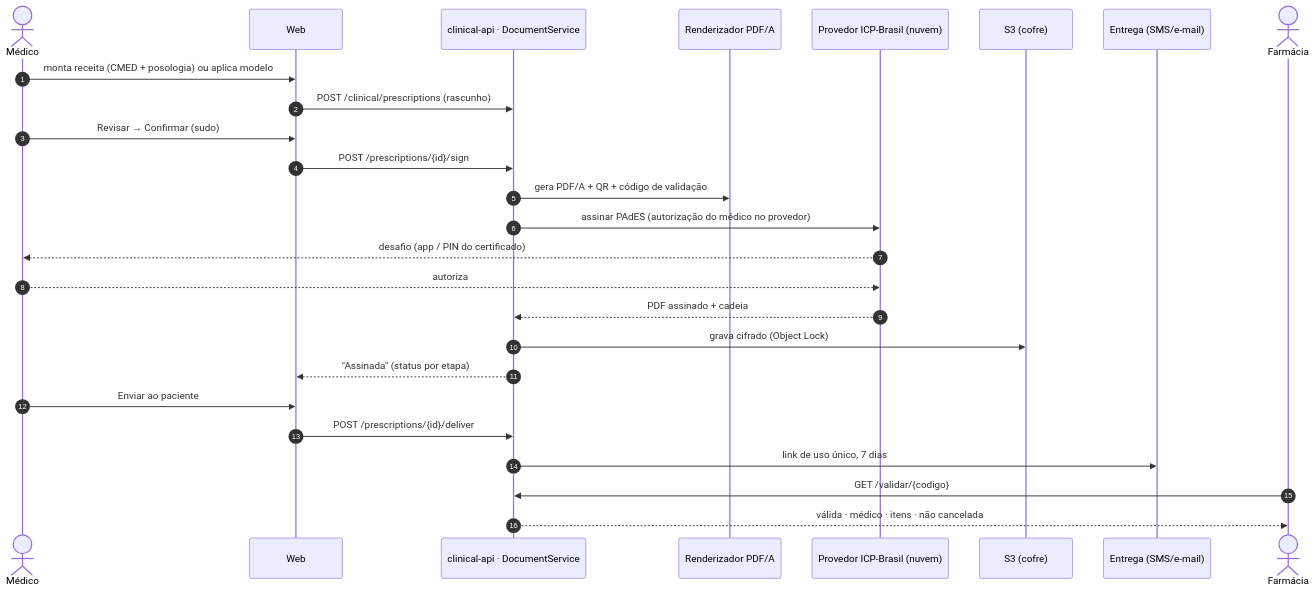
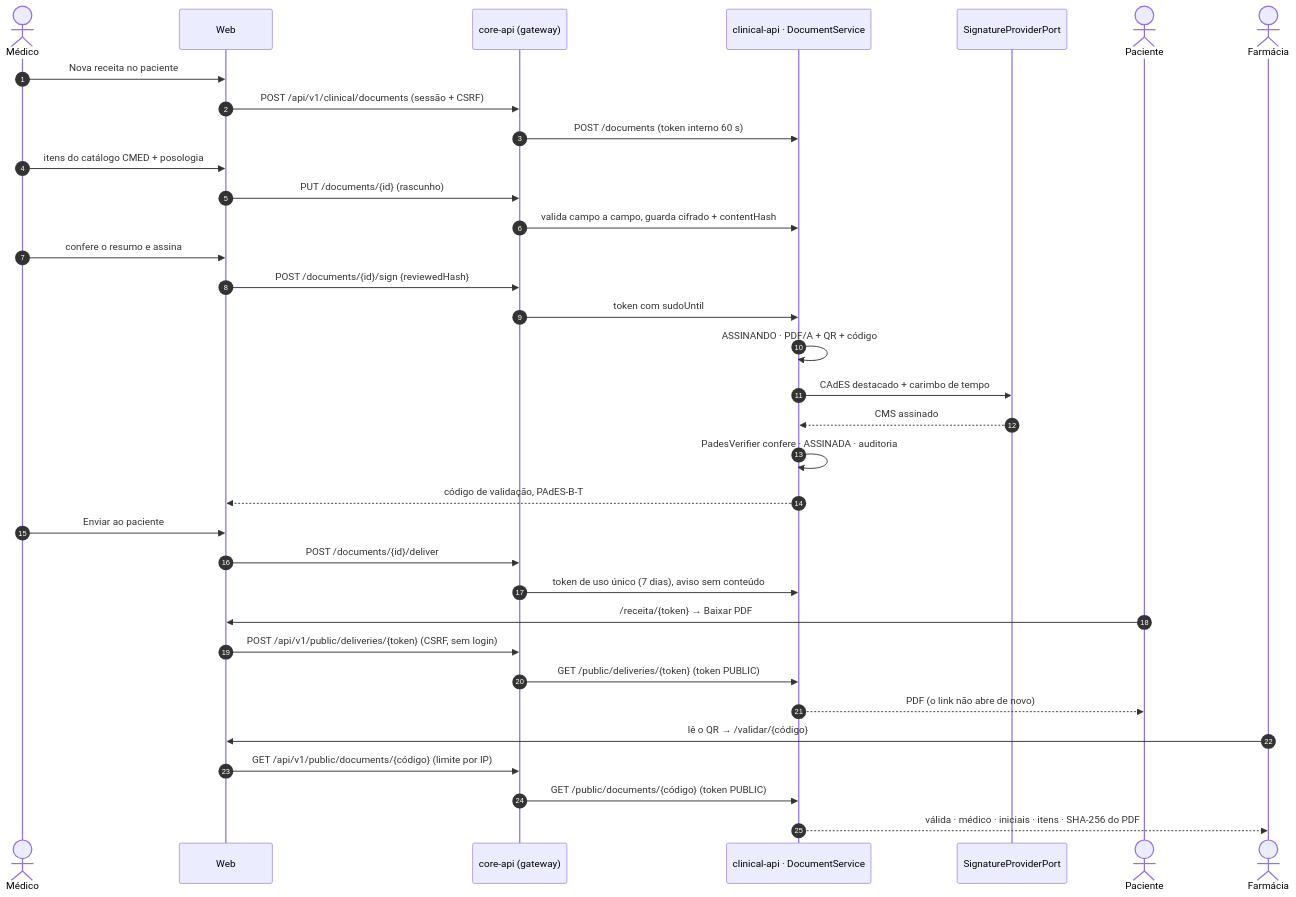
The third of 5 diagrams in docs/rf/RF09-prescricao-e-exames-icp.md (MatheusHaliski/doctor_explorer), drawn with Mermaid before and after one commit. The commit also changed other lines of this file and 77 other files, not shown here.

First line of the commit message:
RF09: receita e pedido de exame em PDF/A com PAdES-B-T, QR, validador público e link de uso único

````diff
--- a/docs/rf/RF09-prescricao-e-exames-icp.md
+++ b/docs/rf/RF09-prescricao-e-exames-icp.md
@@ -126,28 +165,36 @@
 ```mermaid
 sequenceDiagram
     autonumber
     actor M as Médico
     participant W as Web
+    participant G as core-api (gateway)
     participant D as clinical-api · DocumentService
-    participant R as Renderizador PDF/A
-    participant ICP as Provedor ICP-Brasil (nuvem)
-    participant S3 as S3 (cofre)
-    participant N as Entrega (SMS/e-mail)
+    participant SP as SignatureProviderPort
+    actor P as Paciente
     actor F as Farmácia
-    M->>W: monta receita (CMED + posologia) ou aplica modelo
-    W->>D: POST /clinical/prescriptions (rascunho)
-    M->>W: Revisar → Confirmar (sudo)
-    W->>D: POST /prescriptions/{id}/sign
-    D->>R: gera PDF/A + QR + código de validação
-    D->>ICP: assinar PAdES (autorização do médico no provedor)
-    ICP-->>M: desafio (app / PIN do certificado)
-    M-->>ICP: autoriza
-    ICP-->>D: PDF assinado + cadeia
-    D->>S3: grava cifrado (Object Lock)
-    D-->>W: "Assinada" (status por etapa)
+    M->>W: Nova receita no paciente
+    W->>G: POST /api/v1/clinical/documents (sessão + CSRF)
+    G->>D: POST /documents (token interno 60 s)
+    M->>W: itens do catálogo CMED + posologia
+    W->>G: PUT /documents/{id} (rascunho)
+    G->>D: valida campo a campo, guarda cifrado + contentHash
+    M->>W: confere o resumo e assina
+    W->>G: POST /documents/{id}/sign {reviewedHash}
+    G->>D: token com sudoUntil
+    D->>D: ASSINANDO · PDF/A + QR + código
+    D->>SP: CAdES destacado + carimbo de tempo
+    SP-->>D: CMS assinado
+    D->>D: PadesVerifier confere · ASSINADA · auditoria
+    D-->>W: código de validação, PAdES-B-T
     M->>W: Enviar ao paciente
-    W->>D: POST /prescriptions/{id}/deliver
-    D->>N: link de uso único, 7 dias
-    F->>D: GET /validar/{codigo}
-    D-->>F: válida · médico · itens · não cancelada
+    W->>G: POST /documents/{id}/deliver
+    G->>D: token de uso único (7 dias), aviso sem conteúdo
+    P->>W: /receita/{token} → Baixar PDF
+    W->>G: POST /api/v1/public/deliveries/{token} (CSRF, sem login)
+    G->>D: GET /public/deliveries/{token} (token PUBLIC)
+    D-->>P: PDF (o link não abre de novo)
+    F->>W: lê o QR → /validar/{código}
+    W->>G: GET /api/v1/public/documents/{código} (limite por IP)
+    G->>D: GET /public/documents/{código} (token PUBLIC)
+    D-->>F: válida · médico · iniciais · itens · SHA-256 do PDF
 ```
````
